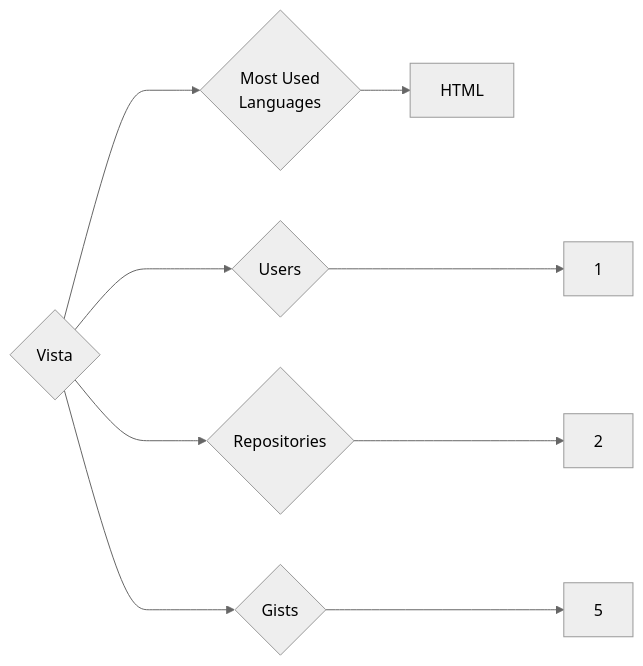
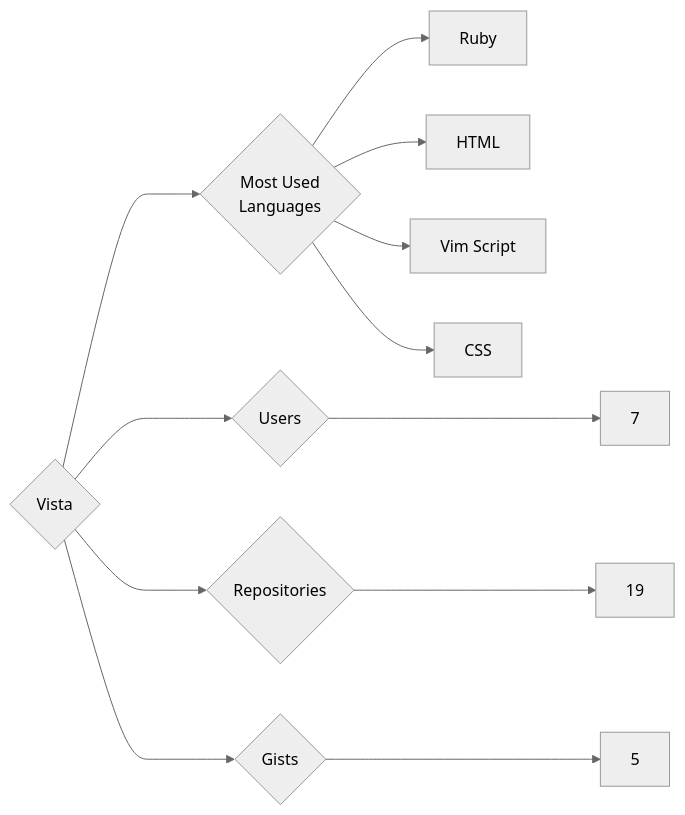
The diagram in targets/Vista/README.md (trickest/insiders), drawn with Mermaid (neutral theme) before and after one commit. The commit also changed 1508 other files, not shown here.

````diff
--- a/targets/Vista/README.md
+++ b/targets/Vista/README.md
@@ -3,9 +3,12 @@
 ```mermaid
 graph LR
 COMPANY_NAME{Vista}
-COMPANY_NAME ---> U{Users} ---> UN[1]
-COMPANY_NAME ---> R{Repositories} ---> RN[2]
+COMPANY_NAME ---> U{Users} ---> UN[7]
+COMPANY_NAME ---> R{Repositories} ---> RN[19]
 COMPANY_NAME ---> G{Gists} ---> GN[5]
 COMPANY_NAME ---> ML{Most Used<br>Languages}
+ML --> Ruby[Ruby]
 ML --> HTML[HTML]
+ML --> Vim_Script[Vim Script]
+ML --> CSS[CSS]
 ```
````
